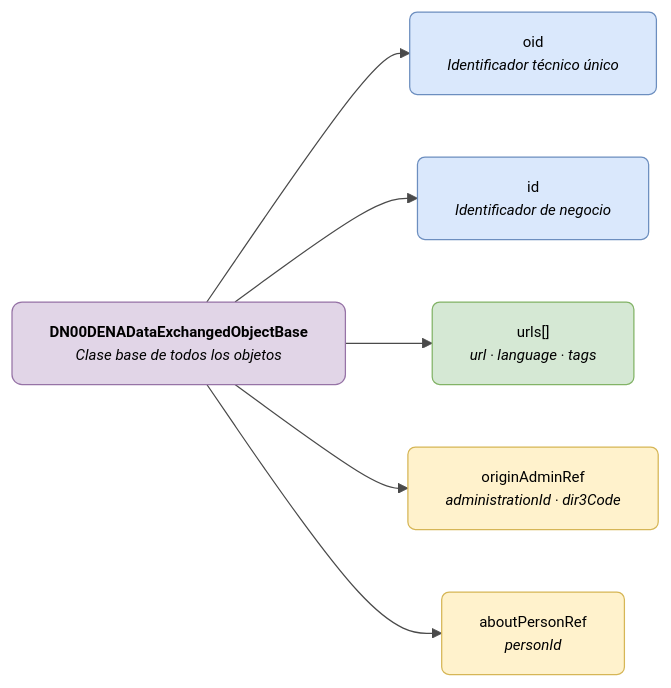
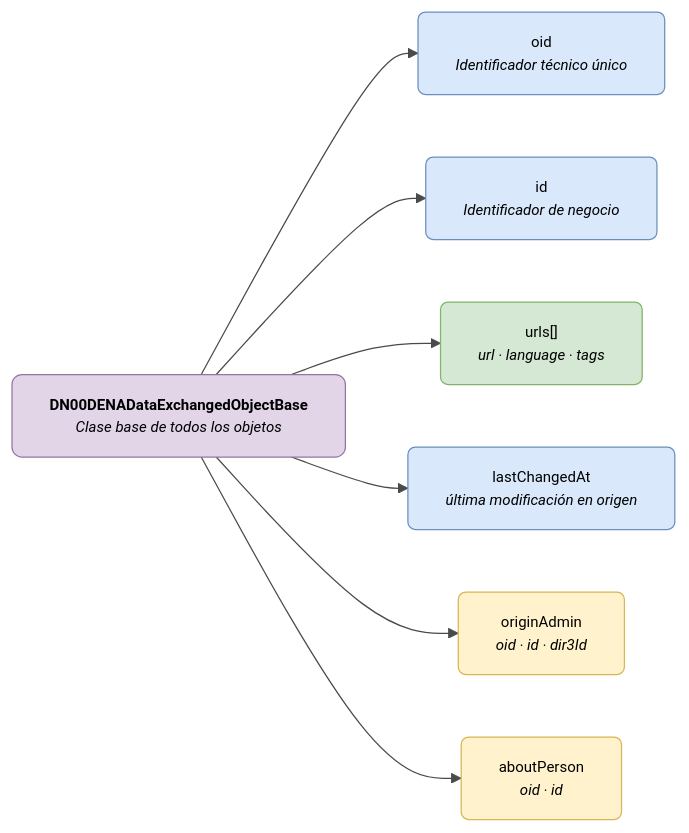
One commit to DENA-Euskadi/dena-euskadi.github.io changed the diagram in docs/semantica/data-retrieve/data/campos-comunes.md. Above: the diagram before and after it, drawn with Mermaid. The commit also changed other lines of this file and 117 other files, not shown here.

````diff
--- a/docs/semantica/data-retrieve/data/campos-comunes.md
+++ b/docs/semantica/data-retrieve/data/campos-comunes.md
@@ -12,27 +12,29 @@
 ```mermaid
 ---
 config:
   theme: base
   themeVariables:
     primaryColor: "#FFFFFF"
     primaryTextColor: "#000000"
     primaryBorderColor: "#CCCCCC"
     lineColor: "#4A4A4A"
     fontSize: "12px"
 ---
 flowchart LR
     BASE["<b>DN00DENADataExchangedObjectBase</b><br/><i>Clase base de todos los objetos</i>"]
 
     BASE --> OID["oid<br/><i>Identificador técnico único</i>"]
     BASE --> ID["id<br/><i>Identificador de negocio</i>"]
     BASE --> URLS["urls[]<br/><i>url · language · tags</i>"]
-    BASE --> ADMIN["originAdminRef<br/><i>administrationId · dir3Code</i>"]
-    BASE --> PERSON["aboutPersonRef<br/><i>personId</i>"]
+    BASE --> CHANGED["lastChangedAt<br/><i>última modificación en origen</i>"]
+    BASE --> ADMIN["originAdmin<br/><i>oid · id · dir3Id</i>"]
+    BASE --> PERSON["aboutPerson<br/><i>oid · id</i>"]
 
     style BASE fill:#e1d5e7,stroke:#9673a6,color:#000000,rx:8,ry:8
     style OID fill:#dae8fc,stroke:#6c8ebf,color:#000000,rx:6,ry:6
     style ID fill:#dae8fc,stroke:#6c8ebf,color:#000000,rx:6,ry:6
     style URLS fill:#d5e8d4,stroke:#82b366,color:#000000,rx:6,ry:6
+    style CHANGED fill:#dae8fc,stroke:#6c8ebf,color:#000000,rx:6,ry:6
     style ADMIN fill:#fff2cc,stroke:#d6b656,color:#000000,rx:6,ry:6
     style PERSON fill:#fff2cc,stroke:#d6b656,color:#000000,rx:6,ry:6
 ```
````
